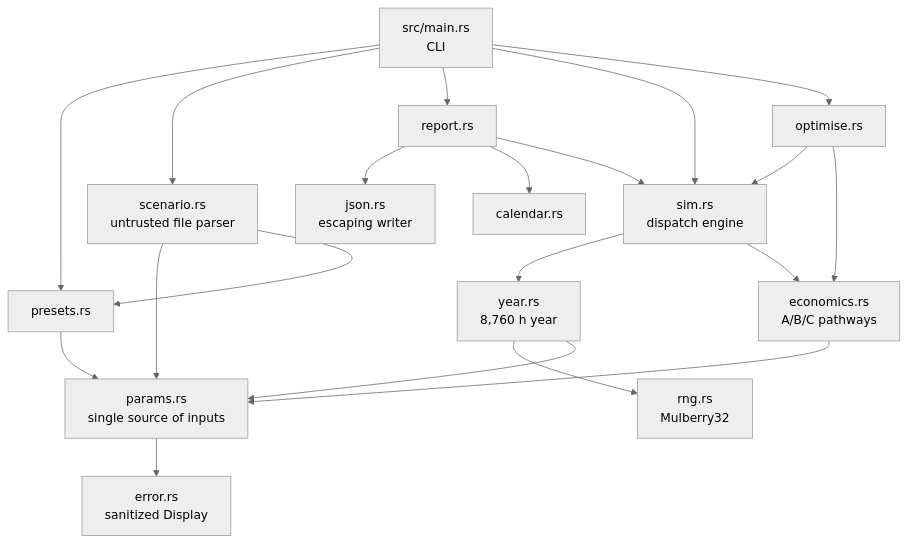
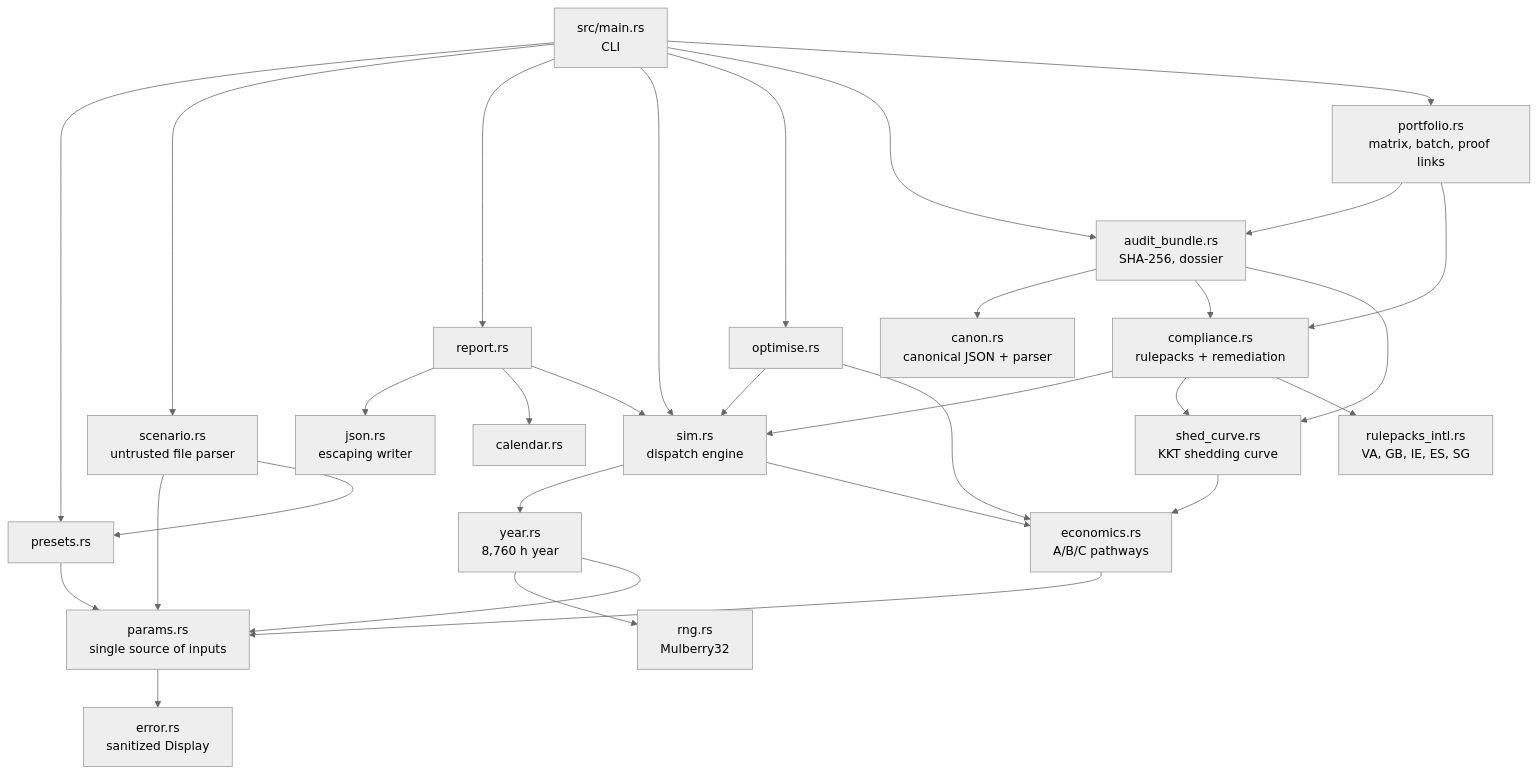
One commit to kakashi3lite/firmgap changed the first of 6 diagrams in docs/ARCHITECTURE.md. Above: the diagram before and after it, drawn with Mermaid (neutral theme). The commit also changed 59 other files, not shown here.

First line of the commit message:
firmgap v0.4.0: eight rulepacks, bankability matrix, batch audit, proof links, war room, release pipeline (#1)

````diff
--- a/docs/ARCHITECTURE.md
+++ b/docs/ARCHITECTURE.md
@@ -7,23 +7,34 @@
 ```mermaid
 graph TD
   main[src/main.rs<br/>CLI] --> presets
   main --> scenario
   main --> report
   main --> sim
   main --> optimise
   scenario[scenario.rs<br/>untrusted file parser] --> params
   scenario --> presets
   presets[presets.rs] --> params
   params[params.rs<br/>single source of inputs] --> error
   year[year.rs<br/>8,760 h year] --> rng[rng.rs<br/>Mulberry32]
   year --> params
   sim[sim.rs<br/>dispatch engine] --> year
   sim --> economics
   economics[economics.rs<br/>A/B/C pathways] --> params
   optimise[optimise.rs] --> sim
   optimise --> economics
   report[report.rs] --> json[json.rs<br/>escaping writer]
   report --> calendar[calendar.rs]
   report --> sim
   error[error.rs<br/>sanitized Display]
+  main --> audit[audit_bundle.rs<br/>SHA-256, dossier]
+  audit --> canon[canon.rs<br/>canonical JSON + parser]
+  audit --> compliance[compliance.rs<br/>rulepacks + remediation]
+  audit --> shed[shed_curve.rs<br/>KKT shedding curve]
+  compliance --> sim
+  compliance --> shed
+  shed --> economics
+  main --> portfolio[portfolio.rs<br/>matrix, batch, proof links]
+  portfolio --> audit
+  portfolio --> compliance
+  compliance --> intl[rulepacks_intl.rs<br/>VA, GB, IE, ES, SG]
 ```
````
